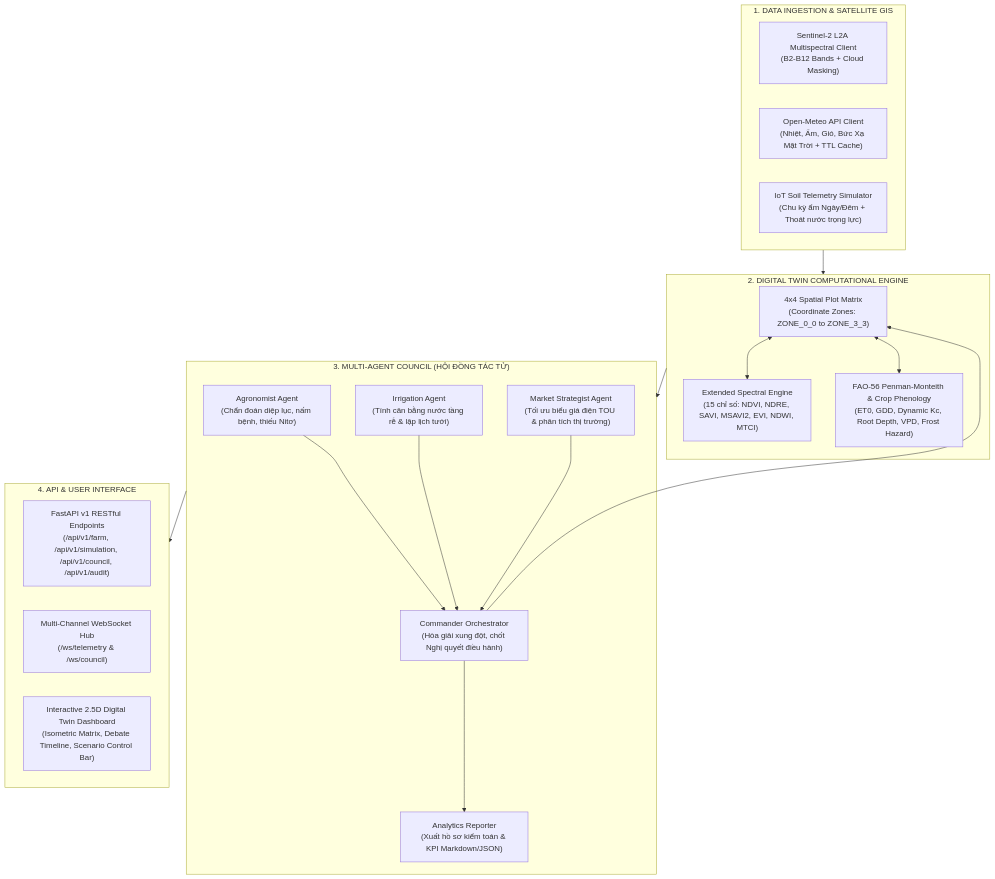
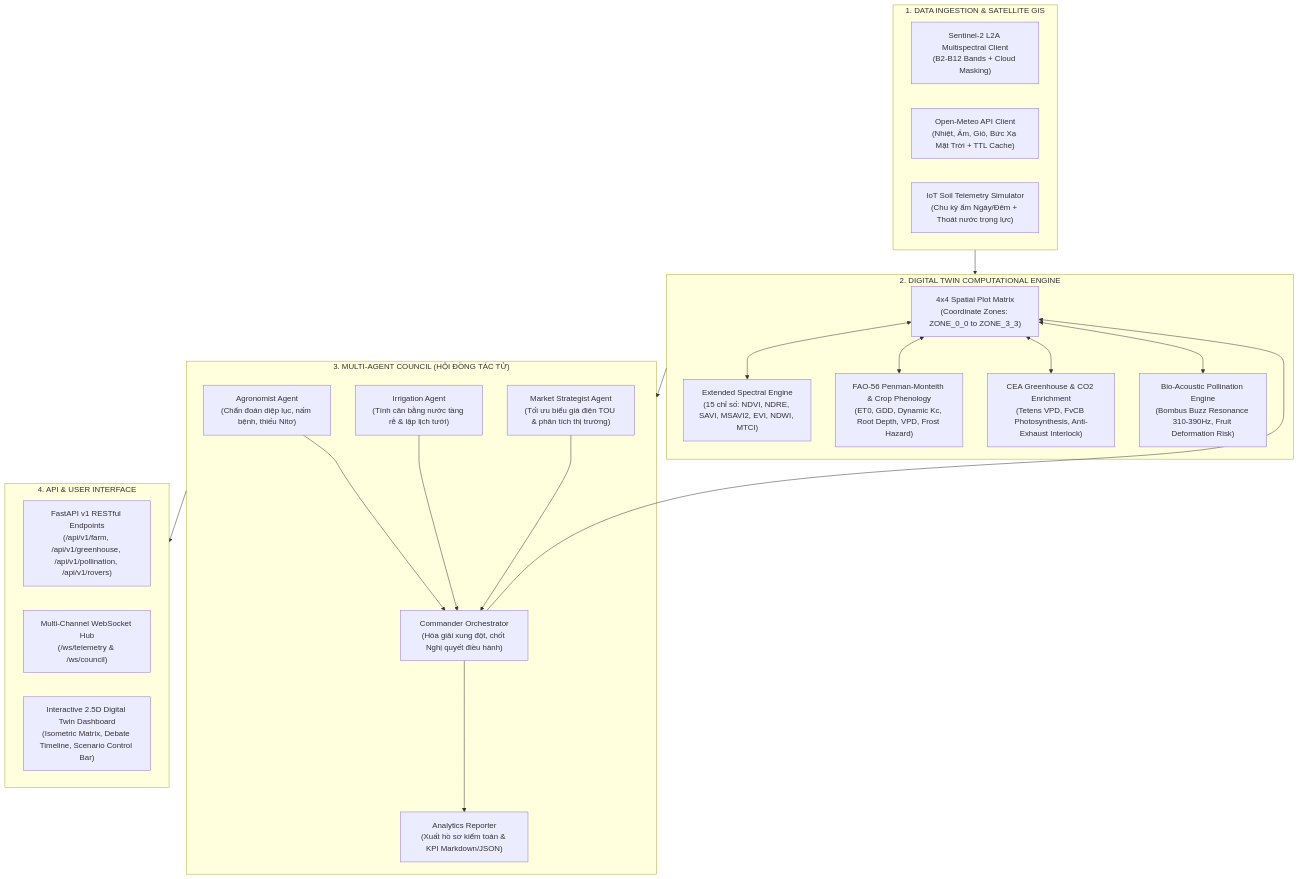
One commit to BaoNguyenz/farm_com changed the diagram in README.md. Above: the diagram before and after it, drawn with Mermaid. The commit also changed other lines of this file and 1 other file, not shown here.

Commit message:
docs(roadmap): document Phase 17 Controlled Environment Agriculture & Bio-Acoustic Pollination milestones and update README.md

````diff
--- a/README.md
+++ b/README.md
@@ -16,40 +16,44 @@
 ```mermaid
 flowchart TB
     subgraph DataLayer ["1. DATA INGESTION & SATELLITE GIS"]
         S2["Sentinel-2 L2A Multispectral Client\n(B2-B12 Bands + Cloud Masking)"]
         Weather["Open-Meteo API Client\n(Nhiệt, Ẩm, Gió, Bức Xạ Mặt Trời + TTL Cache)"]
         Sensors["IoT Soil Telemetry Simulator\n(Chu kỳ ẩm Ngày/Đêm + Thoát nước trọng lực)"]
     end
 
     subgraph TwinEngine ["2. DIGITAL TWIN COMPUTATIONAL ENGINE"]
         Grid["4x4 Spatial Plot Matrix\n(Coordinate Zones: ZONE_0_0 to ZONE_3_3)"]
         SpectralEngine["Extended Spectral Engine\n(15 chỉ số: NDVI, NDRE, SAVI, MSAVI2, EVI, NDWI, MTCI)"]
         BioModel["FAO-56 Penman-Monteith & Crop Phenology\n(ET0, GDD, Dynamic Kc, Root Depth, VPD, Frost Hazard)"]
+        CEA["CEA Greenhouse & CO2 Enrichment\n(Tetens VPD, FvCB Photosynthesis, Anti-Exhaust Interlock)"]
+        Pollination["Bio-Acoustic Pollination Engine\n(Bombus Buzz Resonance 310-390Hz, Fruit Deformation Risk)"]
         Grid <--> BioModel
         Grid <--> SpectralEngine
+        Grid <--> CEA
+        Grid <--> Pollination
     end
 
     subgraph AgentSwarm ["3. MULTI-AGENT COUNCIL (HỘI ĐỒNG TÁC TỬ)"]
         Doctor["Agronomist Agent\n(Chẩn đoán diệp lục, nấm bệnh, thiếu Nitơ)"]
         Irrigator["Irrigation Agent\n(Tính cân bằng nước tầng rễ & lập lịch tưới)"]
         Trader["Market Strategist Agent\n(Tối ưu biểu giá điện TOU & phân tích thị trường)"]
         Commander["Commander Orchestrator\n(Hòa giải xung đột, chốt Nghị quyết điều hành)"]
         Reporter["Analytics Reporter\n(Xuất hồ sơ kiểm toán & KPI Markdown/JSON)"]
         
         Doctor --> Commander
         Irrigator --> Commander
         Trader --> Commander
         Commander --> Reporter
         Commander --> Grid
     end
 
     subgraph DeliveryLayer ["4. API & USER INTERFACE"]
-        FastAPI_App["FastAPI v1 RESTful Endpoints\n(/api/v1/farm, /api/v1/simulation, /api/v1/council, /api/v1/audit)"]
+        FastAPI_App["FastAPI v1 RESTful Endpoints\n(/api/v1/farm, /api/v1/greenhouse, /api/v1/pollination, /api/v1/rovers)"]
         WebSockets["Multi-Channel WebSocket Hub\n(/ws/telemetry & /ws/council)"]
         UI["Interactive 2.5D Digital Twin Dashboard\n(Isometric Matrix, Debate Timeline, Scenario Control Bar)"]
     end
 
     DataLayer --> TwinEngine
     TwinEngine --> AgentSwarm
     AgentSwarm --> DeliveryLayer
 ```
````
